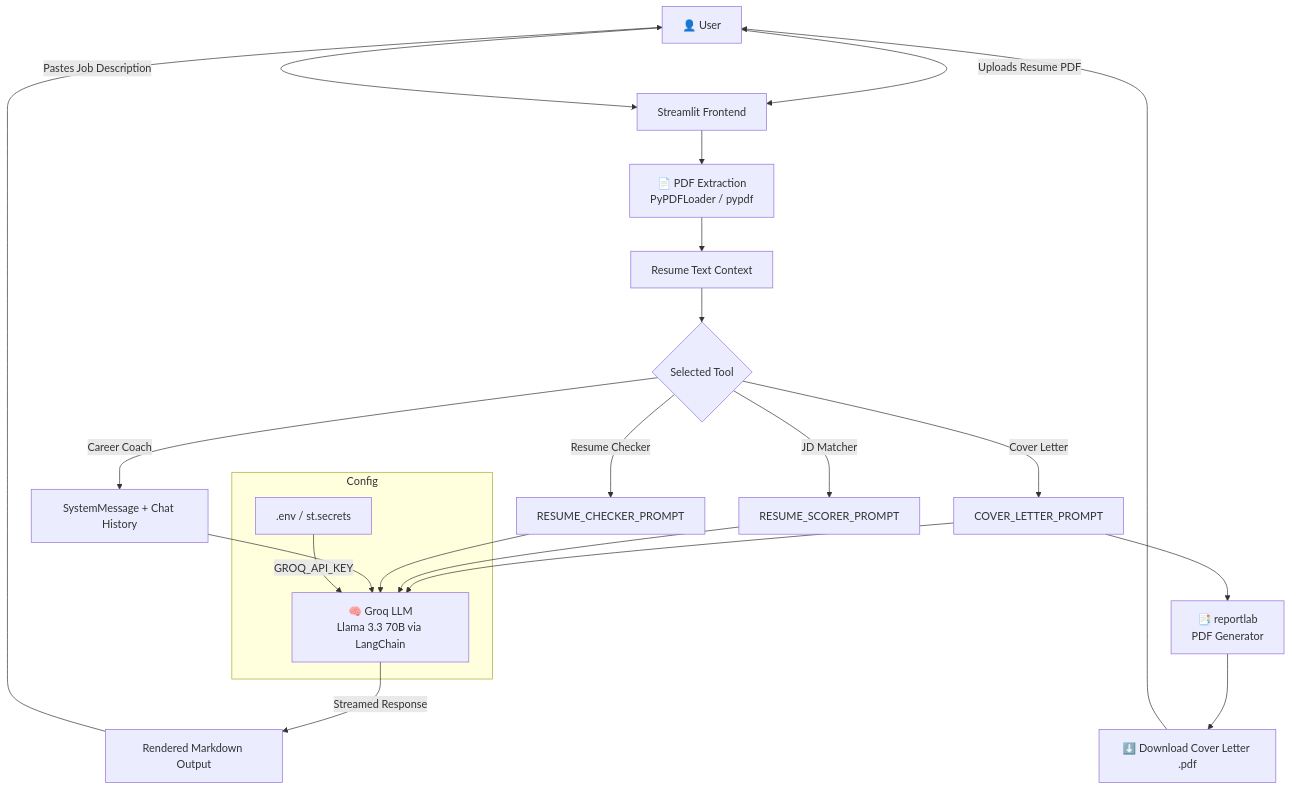
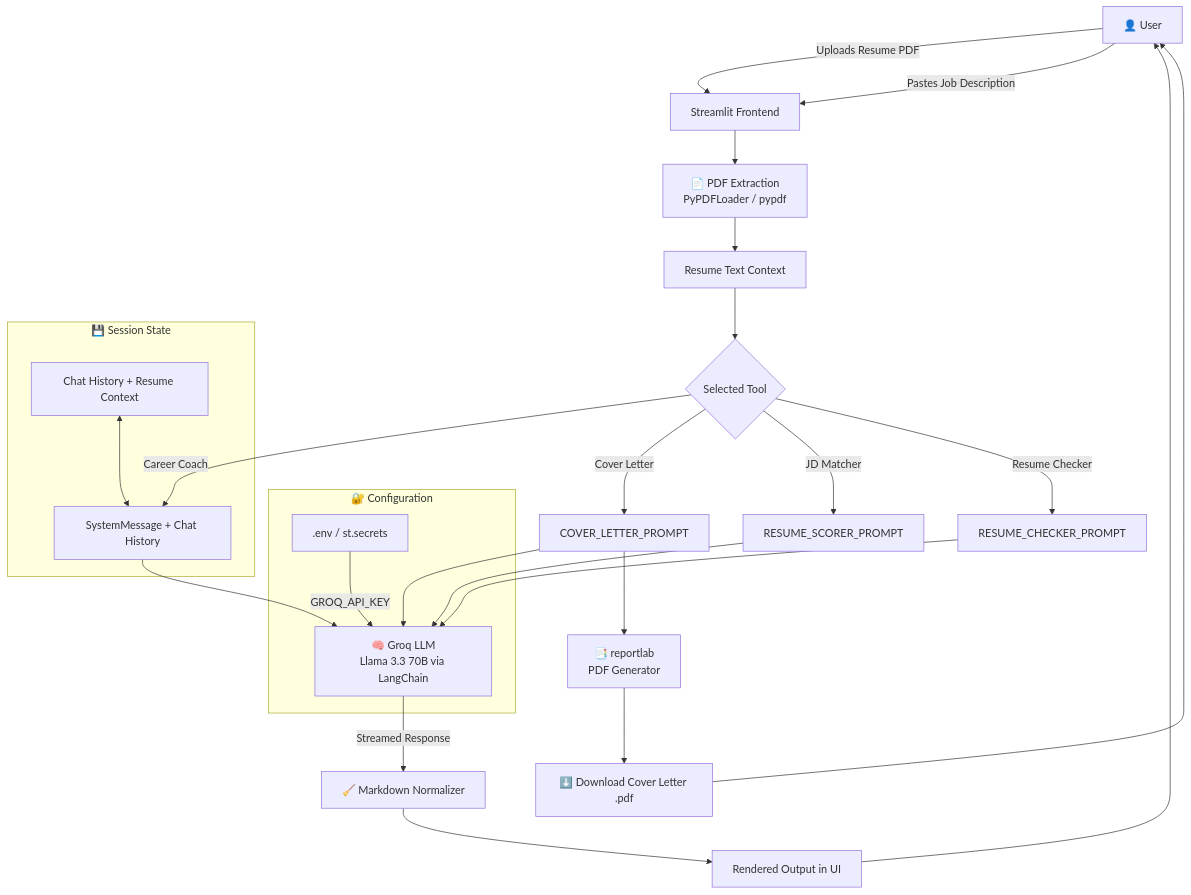
One commit to Biswajitpa/ResumeGenie-AI changed the diagram in README.md. Above: the diagram before and after it, drawn with Mermaid. The commit also changed other lines of this file, not shown here.

````diff
--- a/README.md
+++ b/README.md
@@ -96,32 +156,37 @@
 ```mermaid
 flowchart TD
     U[👤 User] -->|Uploads Resume PDF| ST[Streamlit Frontend]
     U -->|Pastes Job Description| ST
 
     ST --> PDF[📄 PDF Extraction<br/>PyPDFLoader / pypdf]
     PDF --> CTX[Resume Text Context]
 
     CTX --> ROUTER{Selected Tool}
 
     ROUTER -->|Cover Letter| CL[COVER_LETTER_PROMPT]
     ROUTER -->|JD Matcher| RS[RESUME_SCORER_PROMPT]
     ROUTER -->|Resume Checker| RC[RESUME_CHECKER_PROMPT]
     ROUTER -->|Career Coach| CC[SystemMessage + Chat History]
 
     CL --> LLM[🧠 Groq LLM<br/>Llama 3.3 70B via LangChain]
     RS --> LLM
     RC --> LLM
     CC --> LLM
 
-    LLM -->|Streamed Response| OUT[Rendered Markdown Output]
+    LLM -->|Streamed Response| NORM[🧹 Markdown Normalizer]
+    NORM --> OUT[Rendered Output in UI]
 
     CL --> PDFGEN[📑 reportlab<br/>PDF Generator]
     PDFGEN --> DL[⬇️ Download Cover Letter .pdf]
 
     OUT --> U
     DL --> U
 
-    subgraph Config
+    subgraph Config["🔐 Configuration"]
         ENV[.env / st.secrets] -->|GROQ_API_KEY| LLM
     end
+
+    subgraph Session["💾 Session State"]
+        SS[Chat History + Resume Context] <--> CC
+    end
 ```
````
